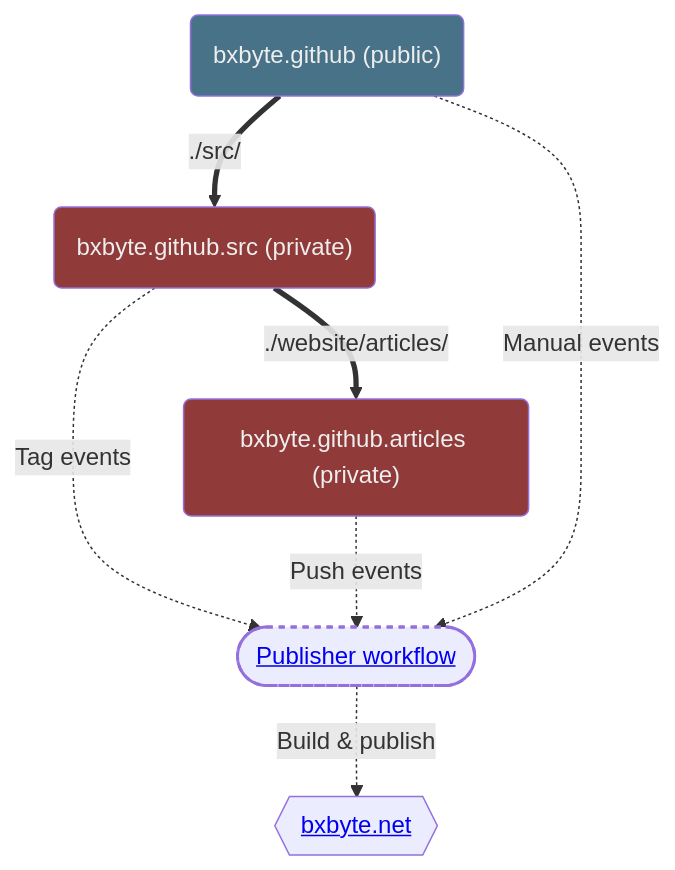
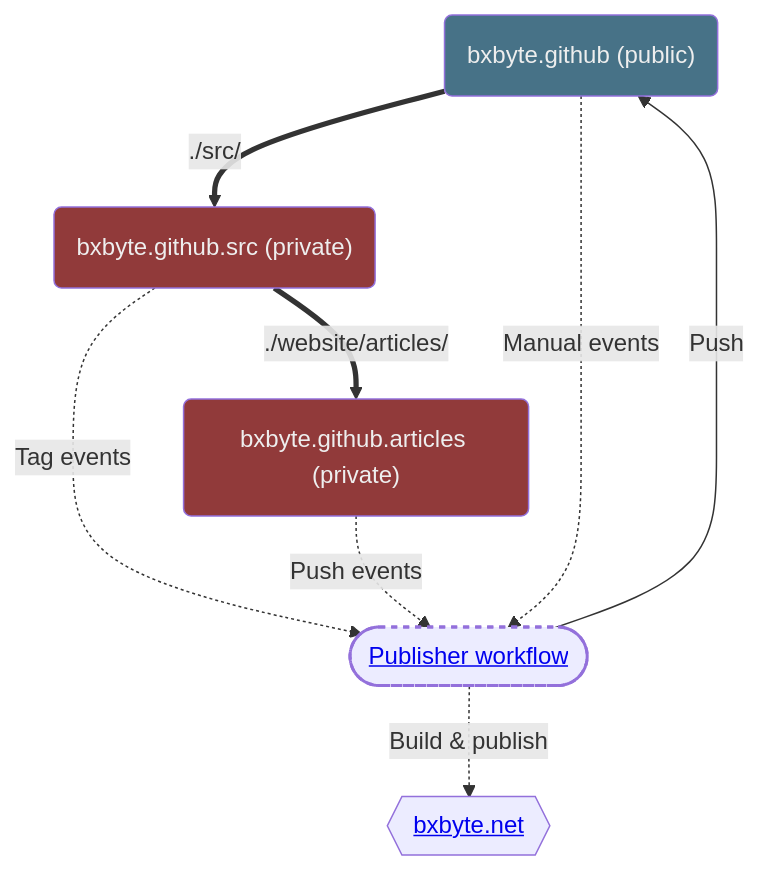
One commit to bxbyte/bxbyte.github.io changed the diagram in README.md. Above: the diagram before and after it, drawn with Mermaid. The commit also changed 1 other file, not shown here.

````diff
--- a/README.md
+++ b/README.md
@@ -6,24 +6,26 @@
 ```mermaid
 graph
     classDef publicRepo fill:#477287,color:#eee;
     classDef privateRepo fill:#913a3a,color:#eee;
 
     public("bxbyte.github (public)"):::publicRepo
     src("bxbyte.github.src (private)"):::privateRepo
     articles("bxbyte.github.articles (private)"):::privateRepo
 
-    worflow([<a href="https://github.com/bxbyte/bxbyte.github.io/blob/main/.github/workflows/publish.yml">Publisher workflow</a>])
+    workflow([<a href="https://github.com/bxbyte/bxbyte.github.io/blob/main/.github/workflows/publish.yml">Publisher workflow</a>])
 
     website{{<a href="https://bxbyte.net"> bxbyte.net</a>}}
-    style worflow stroke-dasharray: 4,stroke-width:2
+    style workflow stroke-dasharray: 4,stroke-width:2
 
     public  == ./src/ ==> src
     src  == ./website/articles/ ==> articles
 
-    src  -. Tag events .-> worflow
-    articles -. Push events .-> worflow
+    src  -. Tag events .-> workflow
+    articles -. Push events .-> workflow
 
-    public -. Manual events .-> worflow
+    public -. Manual events .-> workflow
 
-    worflow -. Build & publish .-> website
+    workflow -- Push --> public
+
+    workflow -. Build & publish .-> website
 ```
````
